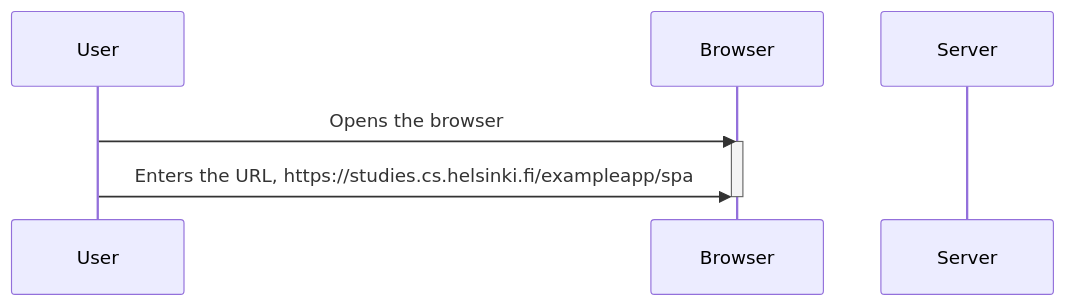
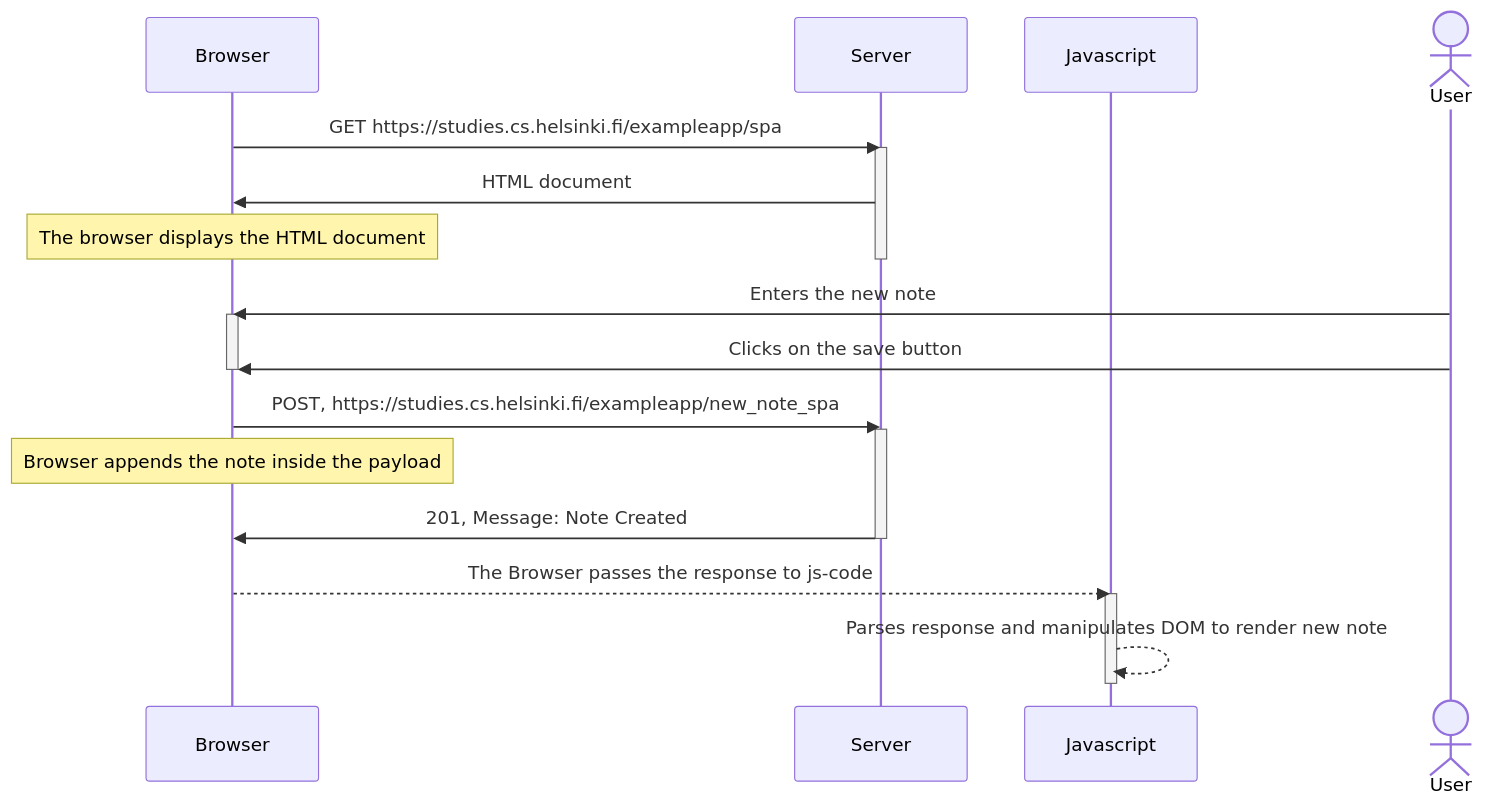
One commit to Poughe/RC-ASCEND changed the third of 3 diagrams in FullStackOpen/Part 0/Preview Excercises.md. Above: the diagram before and after it, drawn with Mermaid. The commit also changed other lines of this file, not shown here.

Commit message:
adding one last line to the md file

````diff
--- a/FullStackOpen/Part 0/Preview Excercises.md
+++ b/FullStackOpen/Part 0/Preview Excercises.md
@@ -37,15 +60,29 @@
 ```mermaid
 sequenceDiagram
-    participant User
     participant Browser
     participant Server
+    participant Javascript
+    Actor User
 
-    User->>Browser: Opens the browser
+    Browser->>Server: GET https://studies.cs.helsinki.fi/exampleapp/spa
+    activate Server
+    Server->>Browser: HTML document
+    Note over Browser: The browser displays the HTML document
+    deactivate Server
+
+    User->>Browser: Enters the new note
     activate Browser
-    User->>Browser: Enters the URL, https://studies.cs.helsinki.fi/exampleapp/spa
+    User->>Browser: Clicks on the save button
     deactivate Browser
-    
 
+    Browser->>Server: POST, https://studies.cs.helsinki.fi/exampleapp/new_note_spa
+    activate Server
+    Note over Browser: Browser appends the note inside the payload
+    Server->>Browser: 201, Message: Note Created
+    deactivate Server
 
-
+    Browser-->>Javascript: The Browser passes the response to js-code
+    activate Javascript
+    Javascript-->>Javascript: Parses response and manipulates DOM to render new note
+    deactivate Javascript
 ```
````
